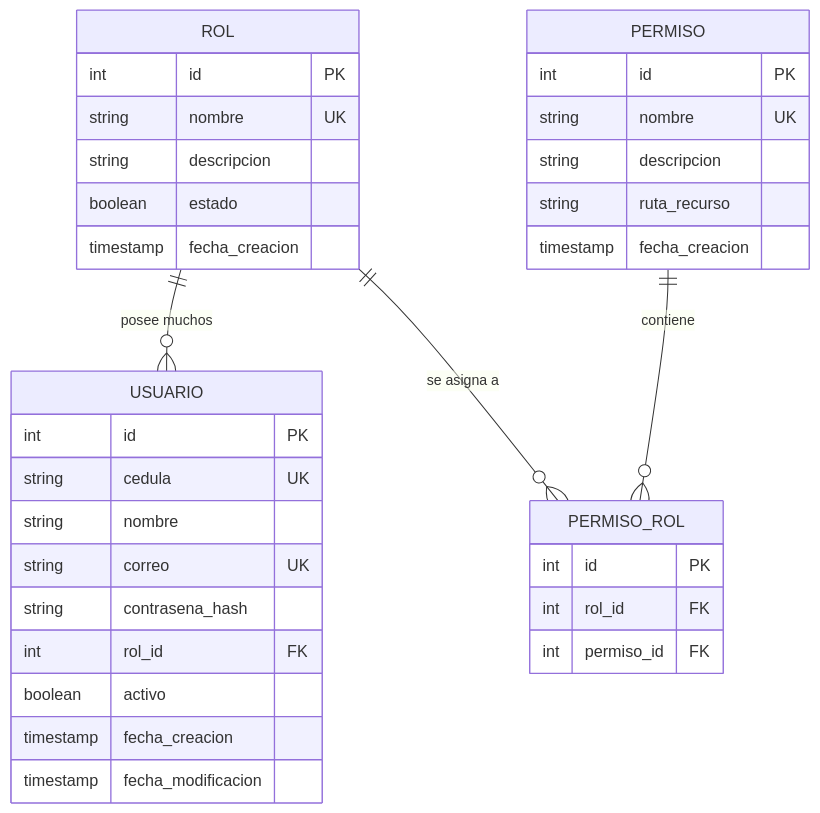
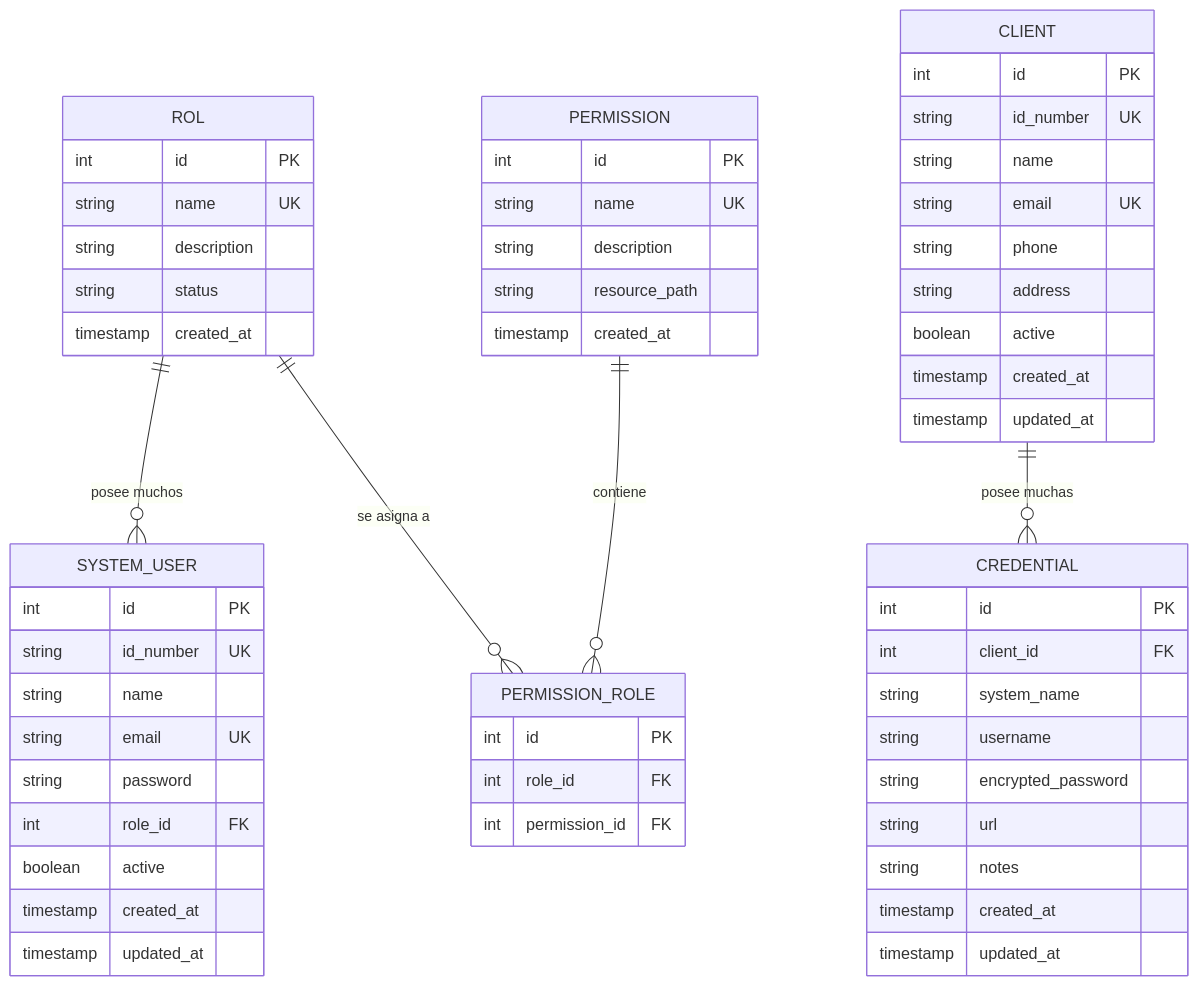
One commit to CarlosOrozco-1/gestion-usuarios-spring-react changed the diagram in docs/database/ER-diagrama.md. Above: the diagram before and after it, drawn with Mermaid. The commit also changed other lines of this file and 68 other files, not shown here.

First line of the commit message:
feat: refactor backend a SystemUser/Client/Credential + CRUD completo y UI en React

````diff
--- a/docs/database/ER-diagrama.md
+++ b/docs/database/ER-diagrama.md
@@ -7,40 +8,65 @@
 ```mermaid
 erDiagram
-    ROL ||--o{ USUARIO : "posee muchos"
-    ROL ||--o{ PERMISO_ROL : "se asigna a"
-    PERMISO ||--o{ PERMISO_ROL : "contiene"
+    ROL ||--o{ SYSTEM_USER : "posee muchos"
+    ROL ||--o{ PERMISSION_ROLE : "se asigna a"
+    PERMISSION ||--o{ PERMISSION_ROLE : "contiene"
+    CLIENT ||--o{ CREDENTIAL : "posee muchas"
 
-    USUARIO {
+    SYSTEM_USER {
         int id PK
-        string cedula UK
-        string nombre
-        string correo UK
-        string contrasena_hash
-        int rol_id FK
-        boolean activo
-        timestamp fecha_creacion
-        timestamp fecha_modificacion
+        string id_number UK
+        string name
+        string email UK
+        string password
+        int role_id FK
+        boolean active
+        timestamp created_at
+        timestamp updated_at
+    }
+
+    CLIENT {
+        int id PK
+        string id_number UK
+        string name
+        string email UK
+        string phone
+        string address
+        boolean active
+        timestamp created_at
+        timestamp updated_at
+    }
+
+    CREDENTIAL {
+        int id PK
+        int client_id FK
+        string system_name
+        string username
+        string encrypted_password
+        string url
+        string notes
+        timestamp created_at
+        timestamp updated_at
     }
 
     ROL {
         int id PK
-        string nombre UK
-        string descripcion
-        boolean estado
-        timestamp fecha_creacion
+        string name UK
+        string description
+        string status
+        timestamp created_at
     }
 
-    PERMISO {
+    PERMISSION {
         int id PK
-        string nombre UK
-        string descripcion
-        string ruta_recurso
-        timestamp fecha_creacion
+        string name UK
+        string description
+        string resource_path
+        timestamp created_at
     }
 
-    PERMISO_ROL {
+    PERMISSION_ROLE {
         int id PK
-        int rol_id FK
-        int permiso_id FK
+        int role_id FK
+        int permission_id FK
     }
 ```
````
